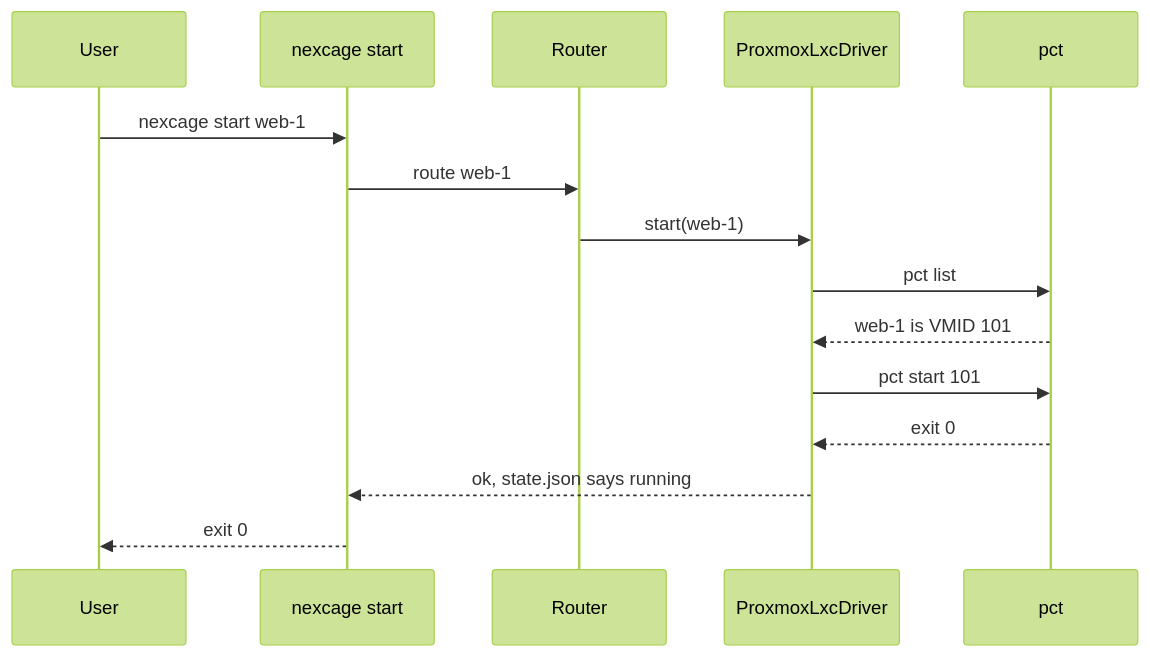
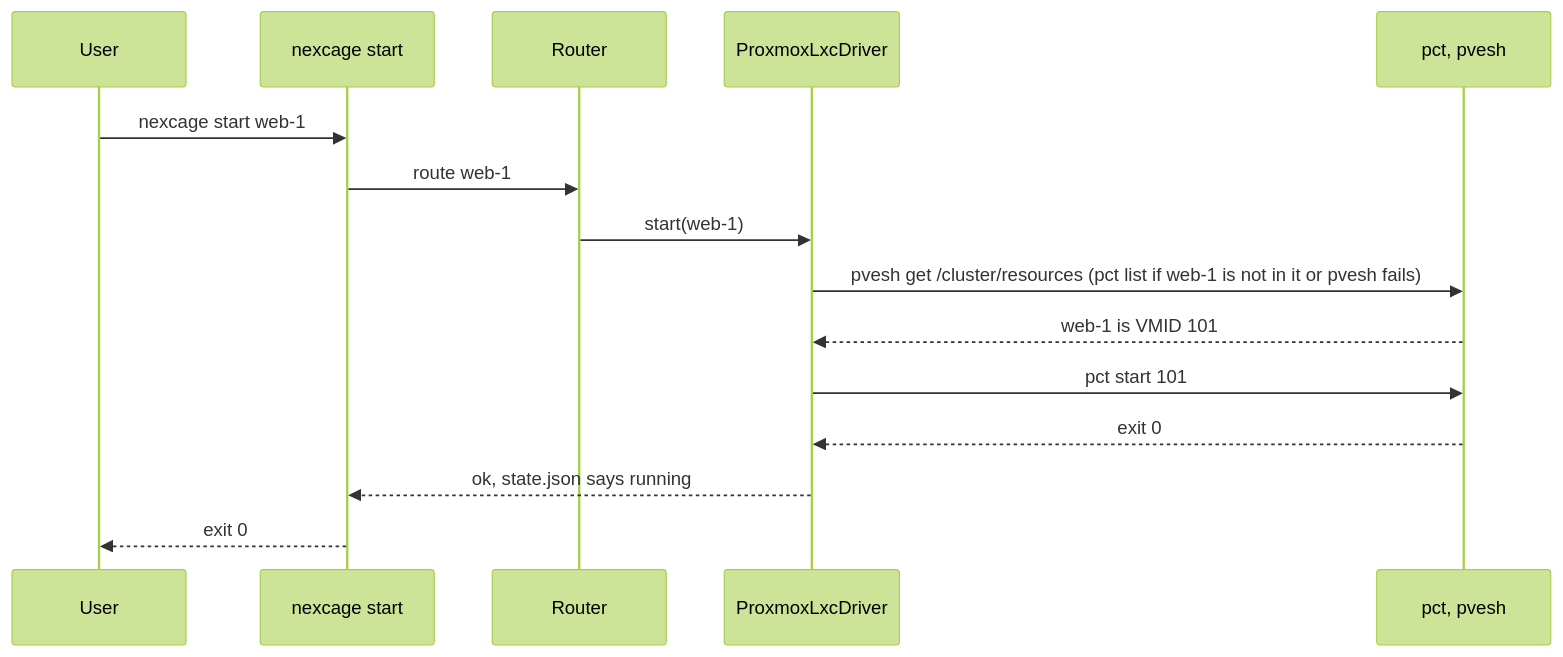
One commit to CageForge/nexcage changed the second of 2 diagrams in docs/architecture/OVERVIEW.md. Above: the diagram before and after it, drawn with Mermaid (forest theme). The commit also changed 43 other files, not shown here.

````diff
--- a/docs/architecture/OVERVIEW.md
+++ b/docs/architecture/OVERVIEW.md
@@ -32,18 +32,18 @@
 ```mermaid
 sequenceDiagram
   participant U as User
   participant C as nexcage start
   participant R as Router
   participant D as ProxmoxLxcDriver
-  participant P as pct
+  participant P as pct, pvesh
 
   U->>C: nexcage start web-1
   C->>R: route web-1
   R->>D: start(web-1)
-  D->>P: pct list
+  D->>P: pvesh get /cluster/resources (pct list if web-1 is not in it or pvesh fails)
   P-->>D: web-1 is VMID 101
   D->>P: pct start 101
   P-->>D: exit 0
   D-->>C: ok, state.json says running
   C-->>U: exit 0
 ```
````
